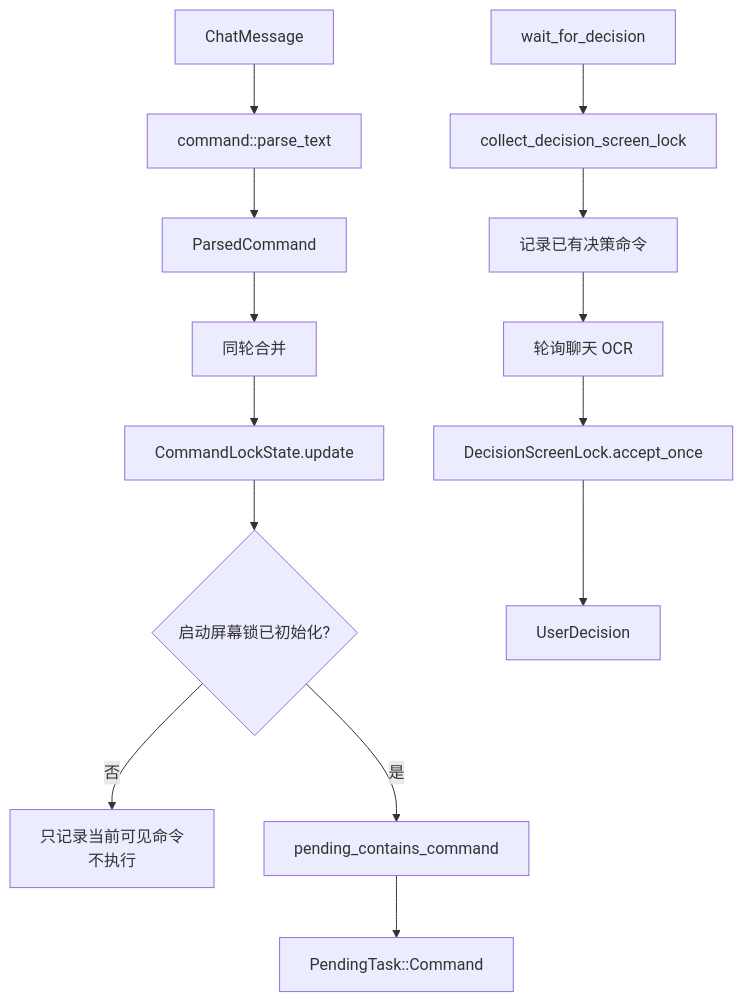
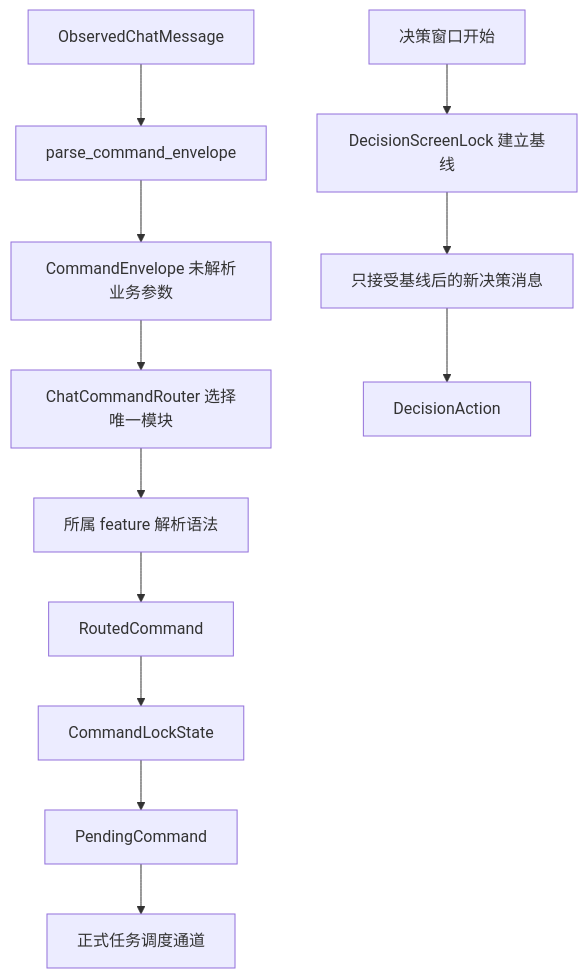
Before and after one commit to XingNian-www/Miliastra-Wonderland-Music: the diagram in docs/command-model-locks.md, drawn with Mermaid. The commit also changed other lines of this file and 105 other files, not shown here.

Commit message:
refactor: finish v2 architecture migration

````diff
--- a/docs/command-model-locks.md
+++ b/docs/command-model-locks.md
@@ -19,17 +9,15 @@
 ```mermaid
 flowchart TD
-    A["ChatMessage"] --> B["command::parse_text"]
-    B --> C["ParsedCommand"]
-    C --> D["同轮合并"]
-    D --> E["CommandLockState.update"]
-    E --> F{"启动屏幕锁已初始化?"}
-    F -->|否| G["只记录当前可见命令<br/>不执行"]
-    F -->|是| H["pending_contains_command"]
-    H --> I["PendingTask::Command"]
+    A["ObservedChatMessage"] --> B["parse_command_envelope"]
+    B --> C["CommandEnvelope 未解析业务参数"]
+    C --> D["ChatCommandRouter 选择唯一模块"]
+    D --> E["所属 feature 解析语法"]
+    E --> F["RoutedCommand<ModuleCommand>"]
+    F --> G["CommandLockState"]
+    G --> H["PendingCommand"]
+    H --> I["正式任务调度通道"]
 
-    J["wait_for_decision"] --> K["collect_decision_screen_lock"]
-    K --> L["记录已有决策命令"]
-    L --> M["轮询聊天 OCR"]
-    M --> N["DecisionScreenLock.accept_once"]
-    N --> O["UserDecision"]
+    J["决策窗口开始"] --> K["DecisionScreenLock 建立基线"]
+    K --> L["只接受基线后的新决策消息"]
+    L --> M["DecisionAction"]
 ```
````
